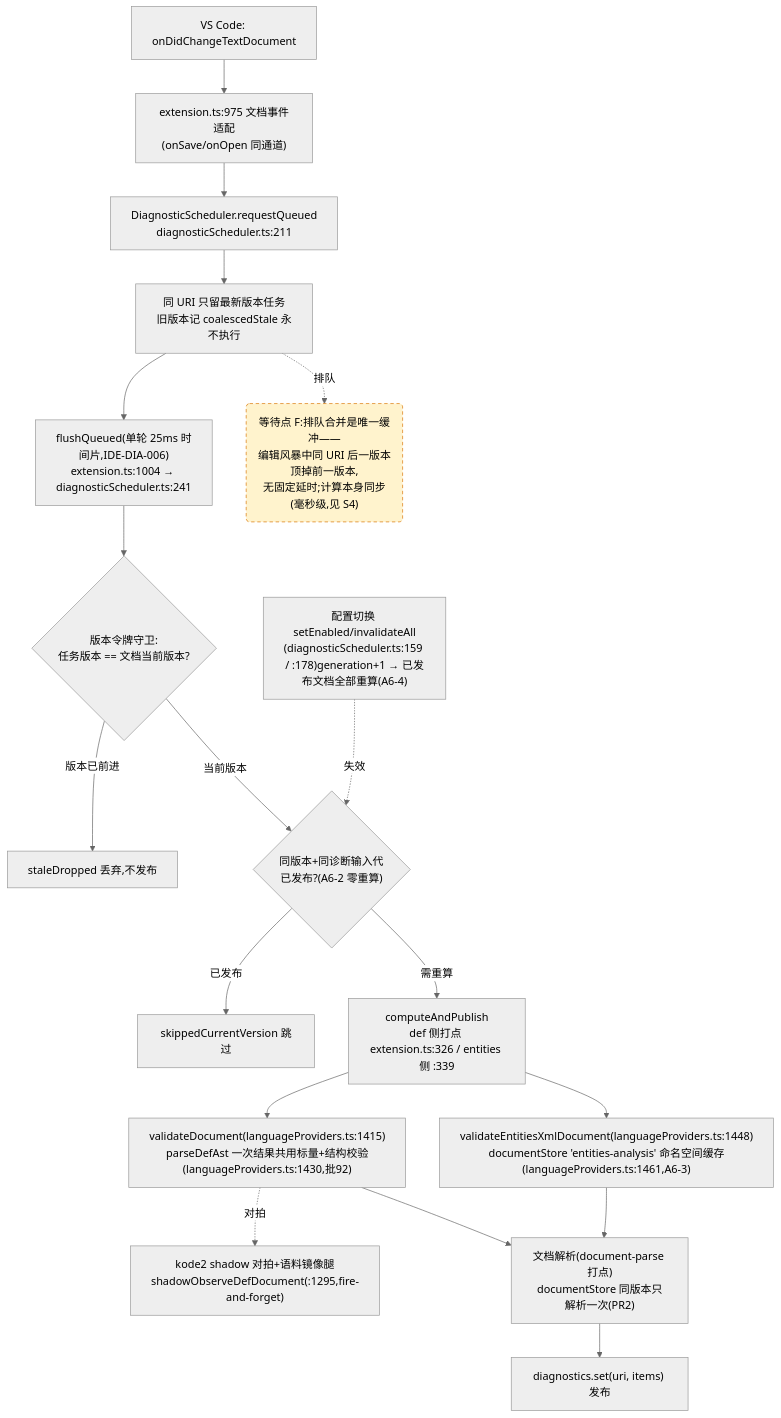
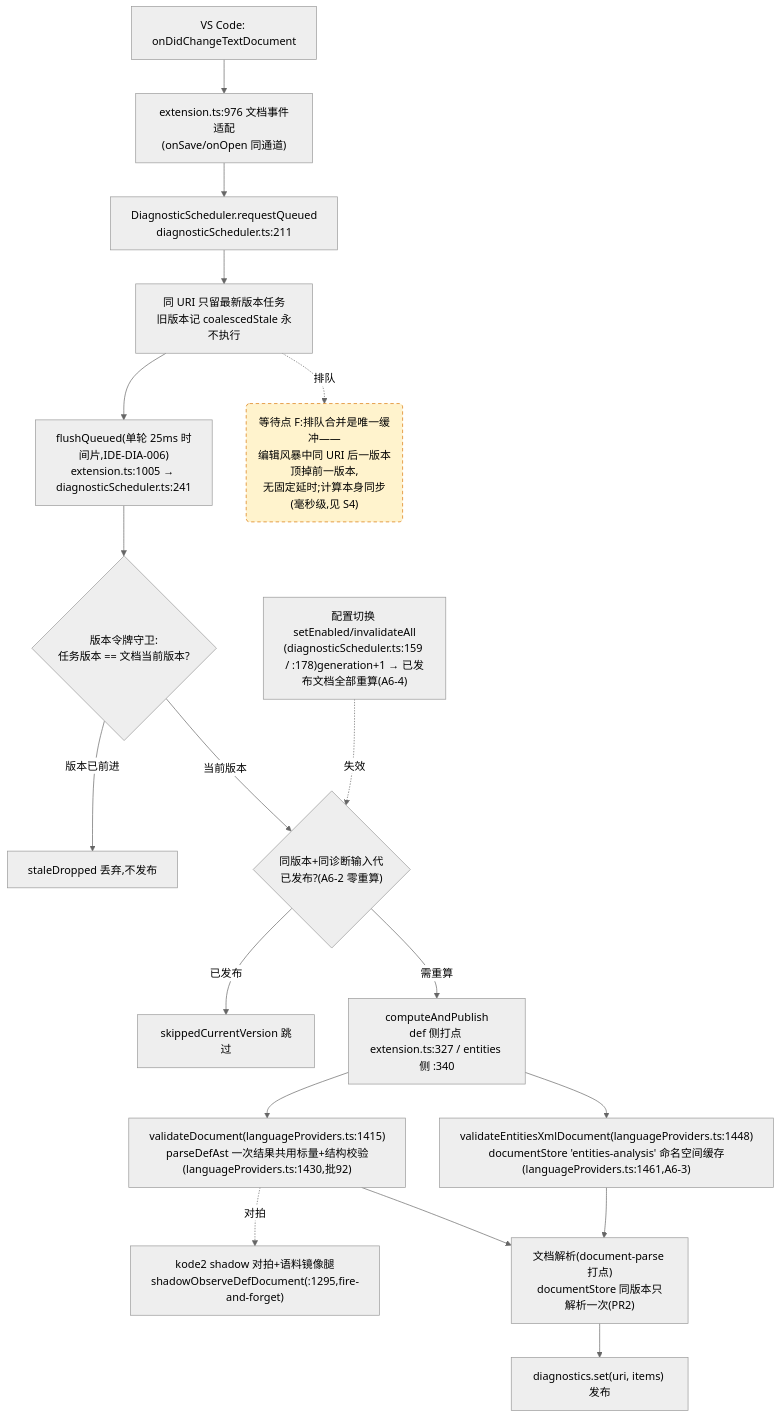
Before and after one commit to cuihairu/kode: the fourth of 4 diagrams in docs/perf/2026-baseline.md, drawn with Mermaid (neutral theme). The commit also changed other lines of this file and 6 other files, not shown here.

````diff
--- a/docs/perf/2026-baseline.md
+++ b/docs/perf/2026-baseline.md
@@ -214,38 +214,38 @@
 ```mermaid
 flowchart TD
   CHG["VS Code: onDidChangeTextDocument"]
-  WATCH["extension.ts:975 文档事件适配<br/>(onSave/onOpen 同通道)"]
+  WATCH["extension.ts:976 文档事件适配<br/>(onSave/onOpen 同通道)"]
   RQ["DiagnosticScheduler.requestQueued<br/>diagnosticScheduler.ts:211"]
   CO["同 URI 只留最新版本任务<br/>旧版本记 coalescedStale 永不执行"]
-  FL["flushQueued(单轮 25ms 时间片,IDE-DIA-006)<br/>extension.ts:1004 → diagnosticScheduler.ts:241"]
+  FL["flushQueued(单轮 25ms 时间片,IDE-DIA-006)<br/>extension.ts:1005 → diagnosticScheduler.ts:241"]
   VG{"版本令牌守卫:<br/>任务版本 == 文档当前版本?"}
   DROP["staleDropped 丢弃,不发布"]
   GEN{"同版本+同诊断输入代<br/>已发布?(A6-2 零重算)"}
   SKIP["skippedCurrentVersion 跳过"]
-  CALC["computeAndPublish<br/>def 侧打点 extension.ts:326 / entities 侧 :339"]
+  CALC["computeAndPublish<br/>def 侧打点 extension.ts:327 / entities 侧 :340"]
   VD["validateDocument(languageProviders.ts:1415)<br/>parseDefAst 一次结果共用标量+结构校验(languageProviders.ts:1430,批92)"]
   VEX["validateEntitiesXmlDocument(languageProviders.ts:1448)<br/>documentStore 'entities-analysis' 命名空间缓存(languageProviders.ts:1461,A6-3)"]
   SHDD["kode2 shadow 对拍+语料镜像腿<br/>shadowObserveDefDocument(:1295,fire-and-forget)"]
   DS["文档解析(document-parse 打点)<br/>documentStore 同版本只解析一次(PR2)"]
   PUB["diagnostics.set(uri, items) 发布"]
   CFG2["配置切换 setEnabled/invalidateAll<br/>(diagnosticScheduler.ts:159 / :178)generation+1 → 已发布文档全部重算(A6-4)"]
 
   CHG --> WATCH --> RQ --> CO --> FL --> VG
   VG -- "版本已前进" --> DROP
   VG -- "当前版本" --> GEN
   GEN -- "已发布" --> SKIP
   GEN -- "需重算" --> CALC
   CALC --> VD
   CALC --> VEX
   VD --> DS
   VEX --> DS
   DS --> PUB
   VD -.->|对拍| SHDD
   CFG2 -.->|失效| GEN
 
   WAITF("等待点 F:排队合并是唯一缓冲——<br/>编辑风暴中同 URI 后一版本顶掉前一版本,<br/>无固定延时;计算本身同步(毫秒级,见 S4)")
   CO -.->|排队| WAITF
 
   classDef waitPoint fill:#fff3cd,stroke:#d97706,stroke-dasharray:5 4;
   class WAITF waitPoint;
 ```
````
